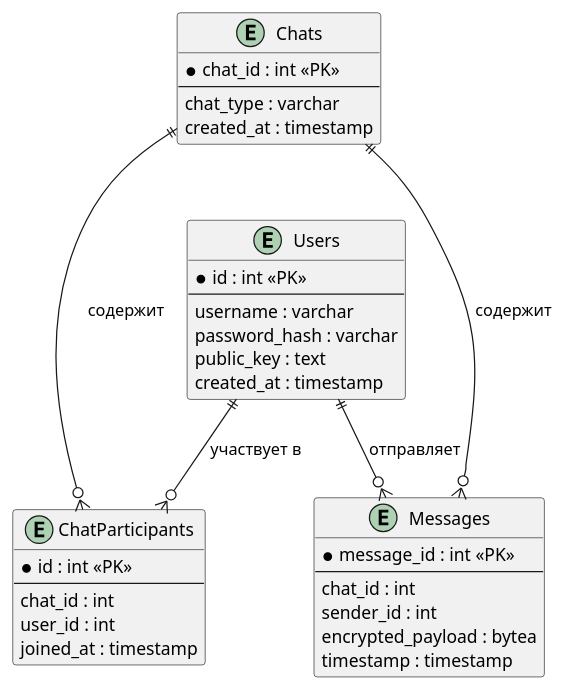
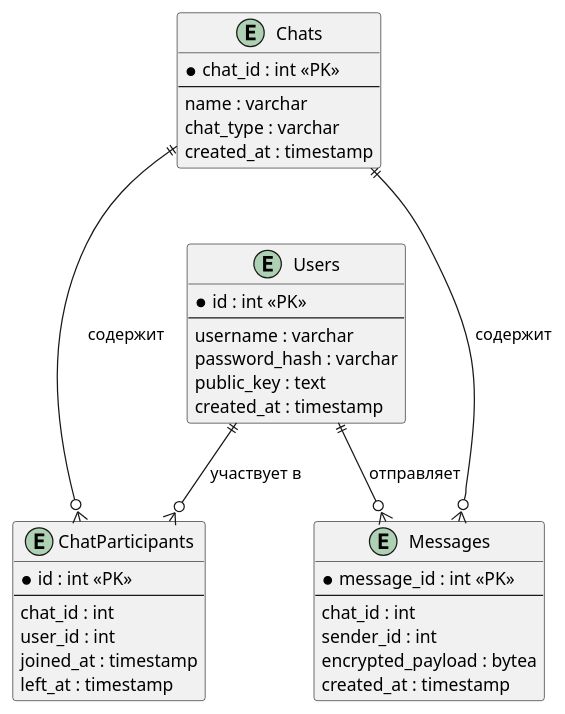
Before and after one commit to Max2288/secure-messenger: the diagram in docs/bd_scheme.puml, drawn with PlantUML. The commit also changed 3 other files, not shown here.

```diff
--- a/docs/bd_scheme.puml
+++ b/docs/bd_scheme.puml
@@ -1,39 +1,41 @@
 @startuml
 entity "Users" {
   * id : int <<PK>>
   --
   username : varchar
   password_hash : varchar
   public_key : text
   created_at : timestamp
 }
 
 entity "Chats" {
   * chat_id : int <<PK>>
   --
+  name : varchar
   chat_type : varchar
   created_at : timestamp
 }
 
 entity "ChatParticipants" {
   * id : int <<PK>>
   --
   chat_id : int
   user_id : int
   joined_at : timestamp
+  left_at : timestamp
 }
 
 entity "Messages" {
   * message_id : int <<PK>>
   --
   chat_id : int
   sender_id : int
   encrypted_payload : bytea
-  timestamp : timestamp
+  created_at : timestamp
 }
 
 Users ||--o{ ChatParticipants : "участвует в"
 Users ||--o{ Messages : "отправляет"
 Chats ||---o{ ChatParticipants : "содержит"
 Chats ||---o{ Messages : "содержит"
 @enduml
```
